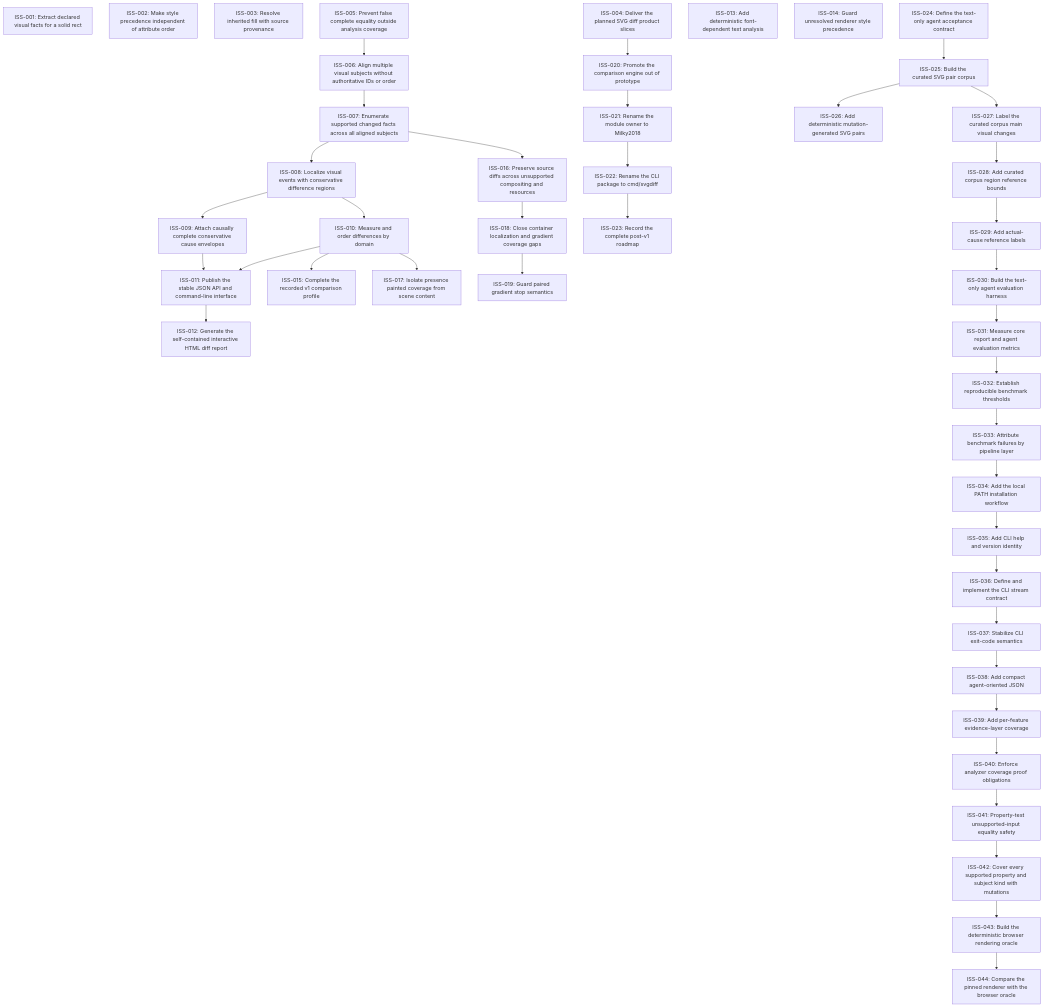
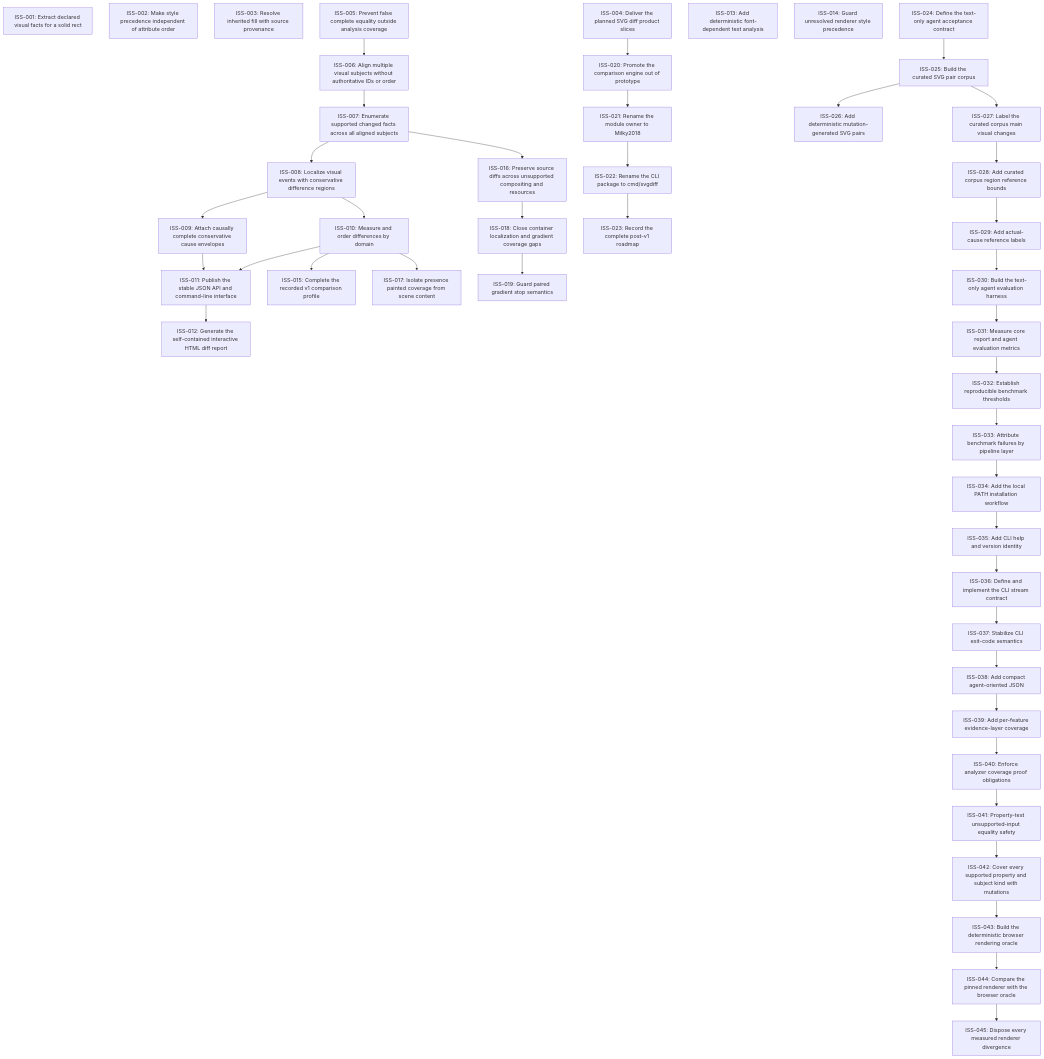
The diagram in issues/README.md (moonbit-community/svgdiff), drawn with Mermaid before and after one commit. The commit also changed 33 other files, not shown here.

````diff
--- a/issues/README.md
+++ b/issues/README.md
@@ -61,6 +61,7 @@
   ISS_042["ISS-042: Cover every supported property and subject kind with mutations"]
   ISS_043["ISS-043: Build the deterministic browser rendering oracle"]
   ISS_044["ISS-044: Compare the pinned renderer with the browser oracle"]
+  ISS_045["ISS-045: Dispose every measured renderer divergence"]
   ISS_005 --> ISS_006
   ISS_006 --> ISS_007
   ISS_007 --> ISS_008
@@ -98,4 +99,5 @@
   ISS_041 --> ISS_042
   ISS_042 --> ISS_043
   ISS_043 --> ISS_044
+  ISS_044 --> ISS_045
 ```
````
